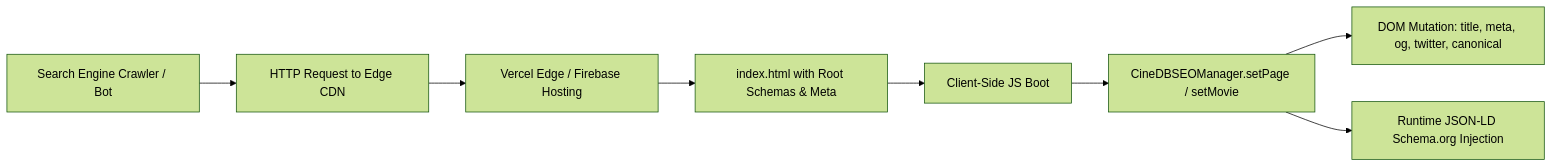
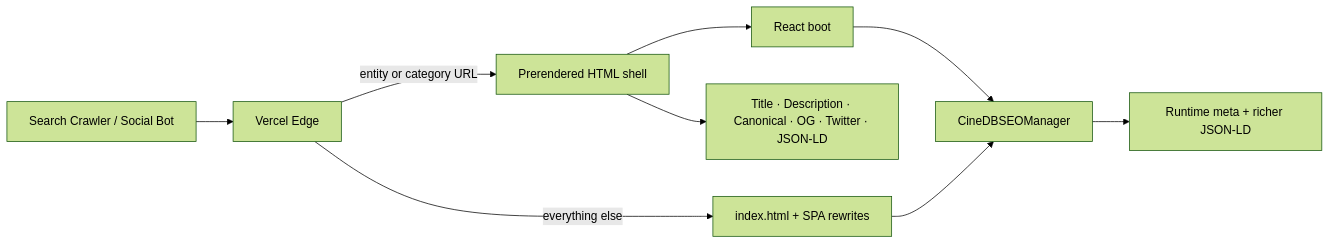
Before and after one commit to Msumankumar05/CineDB.xyz: the diagram in SEO_STRATEGY.md, drawn with Mermaid (forest theme). The commit also changed other lines of this file and 3 other files, not shown here.

Commit message:
docs: synchronize showcase with current production architecture and playback features

````diff
--- a/SEO_STRATEGY.md
+++ b/SEO_STRATEGY.md
@@ -13,10 +16,11 @@
 ```mermaid
 graph LR
-    Crawler[Search Engine Crawler / Bot] --> Request[HTTP Request to Edge CDN]
-    Request --> Edge[Vercel Edge / Firebase Hosting]
-    Edge --> HTML[index.html with Root Schemas & Meta]
-    HTML --> JS[Client-Side JS Boot]
-    JS --> Manager[CineDBSEOManager.setPage / setMovie]
-    Manager --> Meta[DOM Mutation: title, meta, og, twitter, canonical]
-    Manager --> JSONLD[Runtime JSON-LD Schema.org Injection]
+    Crawler[Search Crawler / Social Bot] --> Edge[Vercel Edge]
+    Edge -->|entity or category URL| Shell[Prerendered HTML shell]
+    Edge -->|everything else| SPA[index.html + SPA rewrites]
+    Shell --> Meta[Title · Description · Canonical · OG · Twitter · JSON-LD]
+    Shell --> JS[React boot]
+    JS --> Manager[CineDBSEOManager]
+    Manager --> Runtime[Runtime meta + richer JSON-LD]
+    SPA --> Manager
 ```
````
